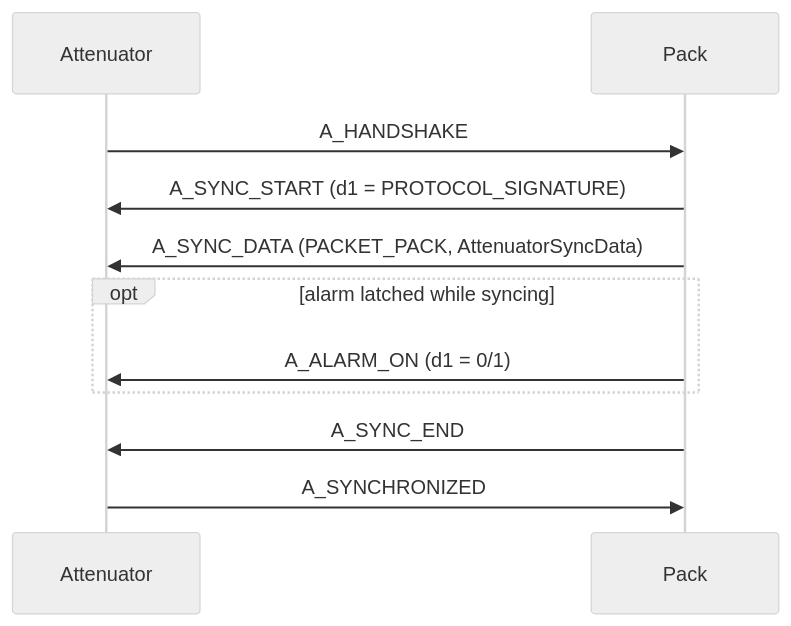
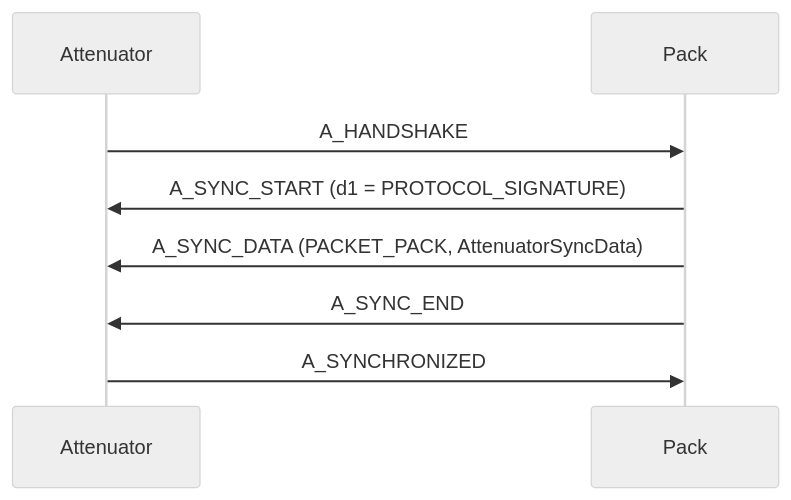
Before and after one commit to GPStarTechnologies/GPStar-Core-Source: the first of 8 diagrams in source/SharedLib/Communication/API_FLOW.md, drawn with Mermaid (neutral theme). The commit also changed other lines of this file and 1 other file, not shown here.

````diff
--- a/source/SharedLib/Communication/API_FLOW.md
+++ b/source/SharedLib/Communication/API_FLOW.md
@@ -16,14 +306,11 @@
 ```mermaid
 sequenceDiagram
 		participant A as Attenuator
 		participant P as Pack
 
 		A->>P: A_HANDSHAKE
 		P->>A: A_SYNC_START (d1 = PROTOCOL_SIGNATURE)
 		P->>A: A_SYNC_DATA (PACKET_PACK, AttenuatorSyncData)
-		opt alarm latched while syncing
-				P->>A: A_ALARM_ON (d1 = 0/1)
-		end
 		P->>A: A_SYNC_END
 		A->>P: A_SYNCHRONIZED
 ```
````
